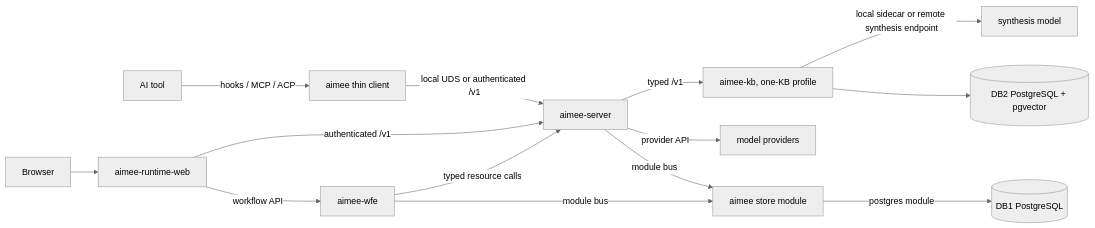
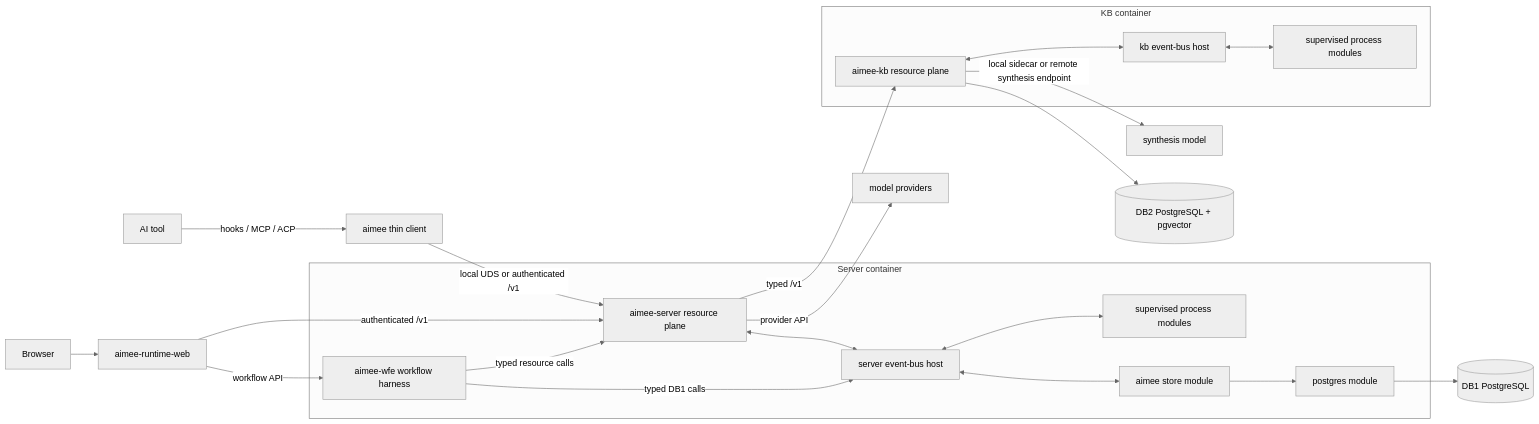
Before and after one commit to RakuenSoftware/aimee: the first of 2 diagrams in docs/ARCHITECTURE.md, drawn with Mermaid (neutral theme). The commit also changed other lines of this file and 7 other files, not shown here.

Commit message:
docs: diagram verification harness and event bus

````diff
--- a/docs/ARCHITECTURE.md
+++ b/docs/ARCHITECTURE.md
@@ -9,16 +9,38 @@
 ```mermaid
 flowchart LR
     T[AI tool] -->|hooks / MCP / ACP| C[aimee thin client]
     B[Browser] --> W[aimee-runtime-web]
-    C -->|local UDS or authenticated /v1| S[aimee-server]
+
+    subgraph RUNTIME[Server container]
+        S[aimee-server resource plane]
+        F[aimee-wfe workflow harness]
+        SB[server event-bus host]
+        SM[supervised process modules]
+        M[aimee store module]
+        PG[postgres module]
+
+        S <--> SB
+        F -->|typed DB1 calls| SB
+        SB <--> SM
+        SB <--> M
+        M --> PG
+    end
+
+    subgraph KNOWLEDGE[KB container]
+        K[aimee-kb resource plane]
+        KB[kb event-bus host]
+        KM[supervised process modules]
+        K <--> KB
+        KB <--> KM
+    end
+
+    C -->|local UDS or authenticated /v1| S
     W -->|authenticated /v1| S
-    W -->|workflow API| F[aimee-wfe]
+    W -->|workflow API| F
     F -->|typed resource calls| S
-    S -->|typed /v1| K[aimee-kb, one-KB profile]
+    S -->|typed /v1| K
     S -->|provider API| P[model providers]
     K -->|local sidecar or remote synthesis endpoint| X[synthesis model]
-    S -->|module bus| M[aimee store module]
-    F -->|module bus| M
-    M -->|postgres module| D1[(DB1 PostgreSQL)]
+    PG --> D1[(DB1 PostgreSQL)]
     K --> D2[(DB2 PostgreSQL + pgvector)]
 ```
````
